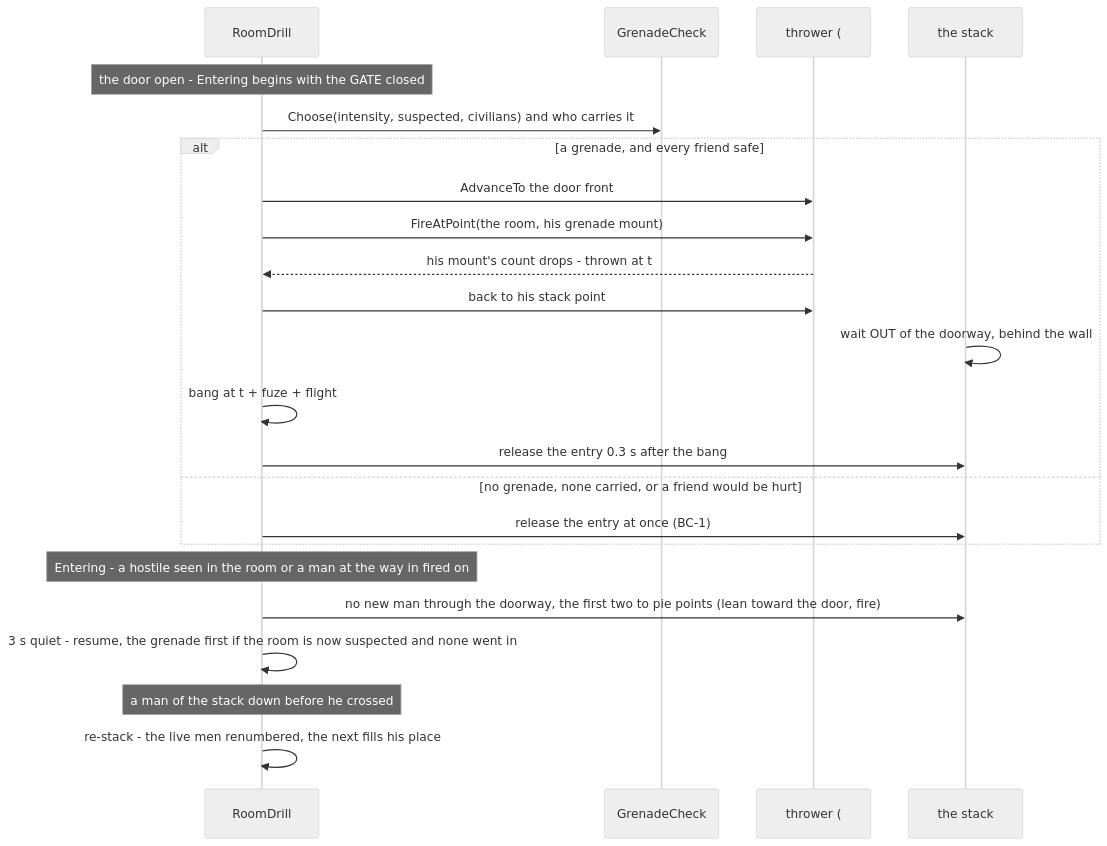
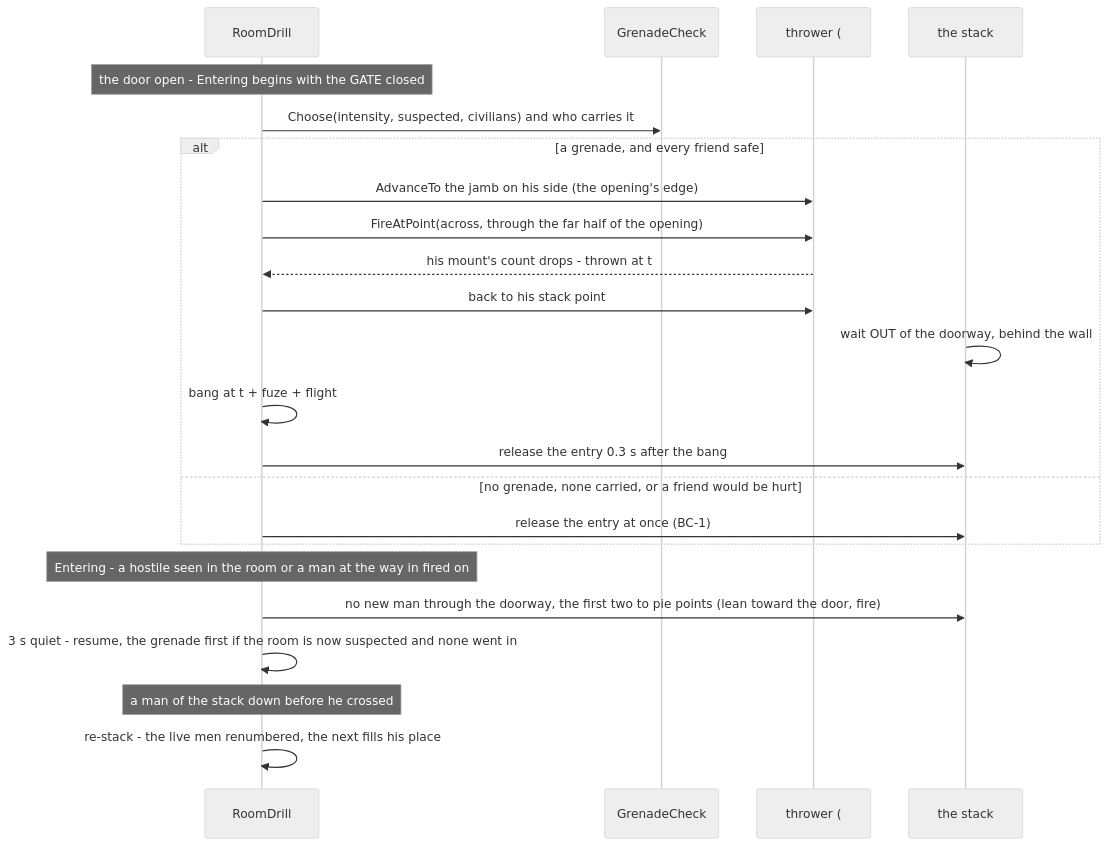
Before and after one commit to pjanec/HROT: diagram 18 of 19 in docs/designs/group-maneuvers/DESIGN_Building_Clearing.md, drawn with Mermaid (neutral theme). The commit also changed other lines of this file and 3 other files, not shown here.

First line of the commit message:
BC-4 (CE-2260) CB-68 as built: the grenade is thrown from the JAMB, not the door front

````diff
--- a/docs/designs/group-maneuvers/DESIGN_Building_Clearing.md
+++ b/docs/designs/group-maneuvers/DESIGN_Building_Clearing.md
@@ -962,25 +962,25 @@
 ```mermaid
 sequenceDiagram
   participant D as RoomDrill
   participant G as GrenadeCheck
   participant T as thrower (#2)
   participant S as the stack
   Note over D: the door open - Entering begins with the GATE closed
   D->>G: Choose(intensity, suspected, civilians) and who carries it
   alt a grenade, and every friend safe
-    D->>T: AdvanceTo the door front
-    D->>T: FireAtPoint(the room, his grenade mount)
+    D->>T: AdvanceTo the jamb on his side (the opening's edge)
+    D->>T: FireAtPoint(across, through the far half of the opening)
     T-->>D: his mount's count drops - thrown at t
     D->>T: back to his stack point
     S->>S: wait OUT of the doorway, behind the wall
     D->>D: bang at t + fuze + flight
     D->>S: release the entry 0.3 s after the bang
   else no grenade, none carried, or a friend would be hurt
     D->>S: release the entry at once (BC-1)
   end
   Note over D: Entering - a hostile seen in the room or a man at the way in fired on
   D->>S: no new man through the doorway, the first two to pie points (lean toward the door, fire)
   D->>D: 3 s quiet - resume, the grenade first if the room is now suspected and none went in
   Note over D: a man of the stack down before he crossed
   D->>D: re-stack - the live men renumbered, the next fills his place
 ```
````
